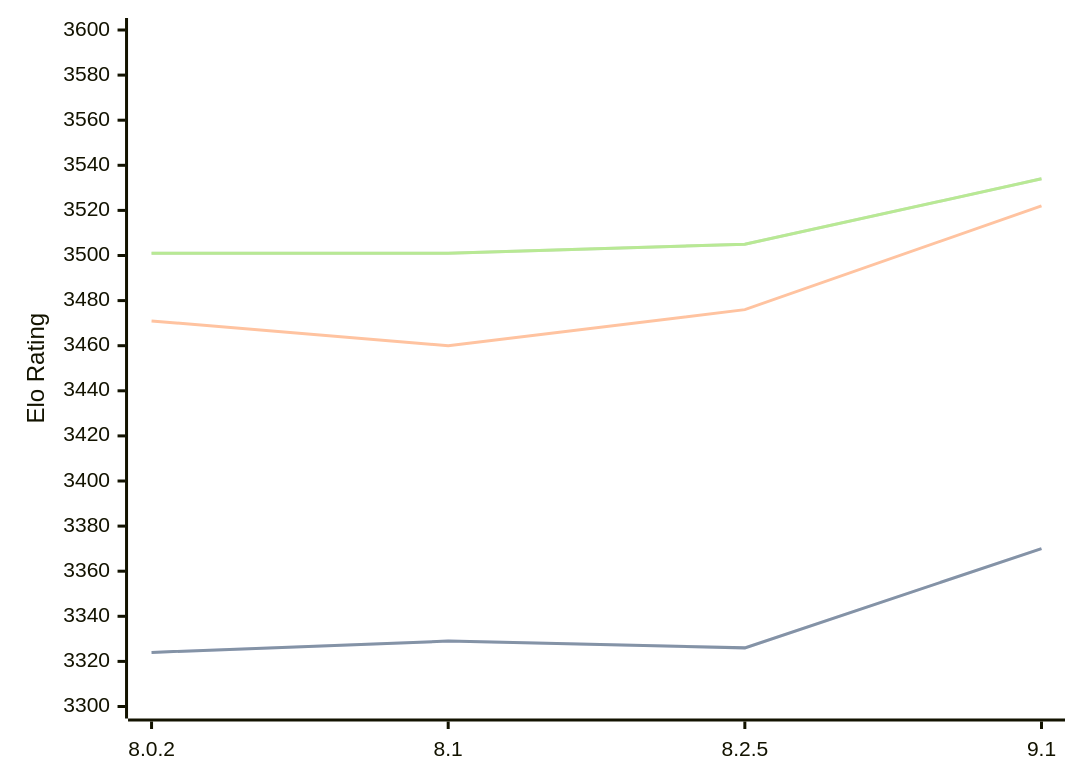
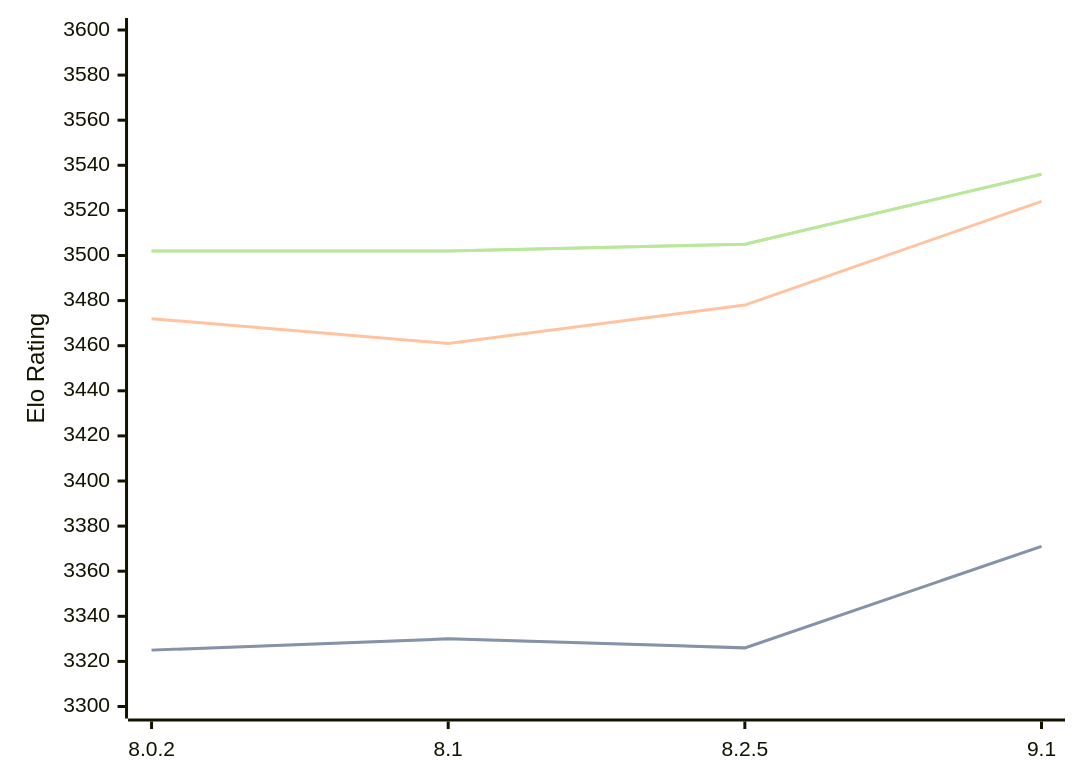
Before and after one commit to computer-chess-index/cci: the diagram in engines/Clover.md, drawn with Mermaid. The commit also changed other lines of this file, not shown here.

Commit message:
Update CCI Ratings (ELO VLTC) - 2026-07-23

````diff
--- a/engines/Clover.md
+++ b/engines/Clover.md
@@ -64,11 +64,11 @@
 ```mermaid
 %%{init: {"theme":"base","themeVariables":{"seriesColors:['#a3a3a3','#222221','#faa371']}}}%%
 xychart-beta
   x-axis ["8.0.2", "8.1", "8.2.5", "9.1"]
   y-axis "Elo Rating" 3300 --> 3600
-  line "STC (8.0+0.08s)" [3324, 3329, 3326, 3370]
-  line "STC (8.0+0.08s)" [3324, 3329, 3326, 3370]
-  line "LTC (60.0+0.60s)" [3471, 3460, 3476, 3522]
-  line "VLTC (2m24s+1.12s)" [3501, 3501, 3505, 3534]
-  line "VLTC (2m24s+1.12s)" [3501, 3501, 3505, 3534]
+  line "STC (8.0+0.08s)" [3325, 3330, 3326, 3371]
+  line "STC (8.0+0.08s)" [3325, 3330, 3326, 3371]
+  line "LTC (60.0+0.60s)" [3472, 3461, 3478, 3524]
+  line "VLTC (2m24s+1.12s)" [3502, 3502, 3505, 3536]
+  line "VLTC (2m24s+1.12s)" [3502, 3502, 3505, 3536]
 ```
````
